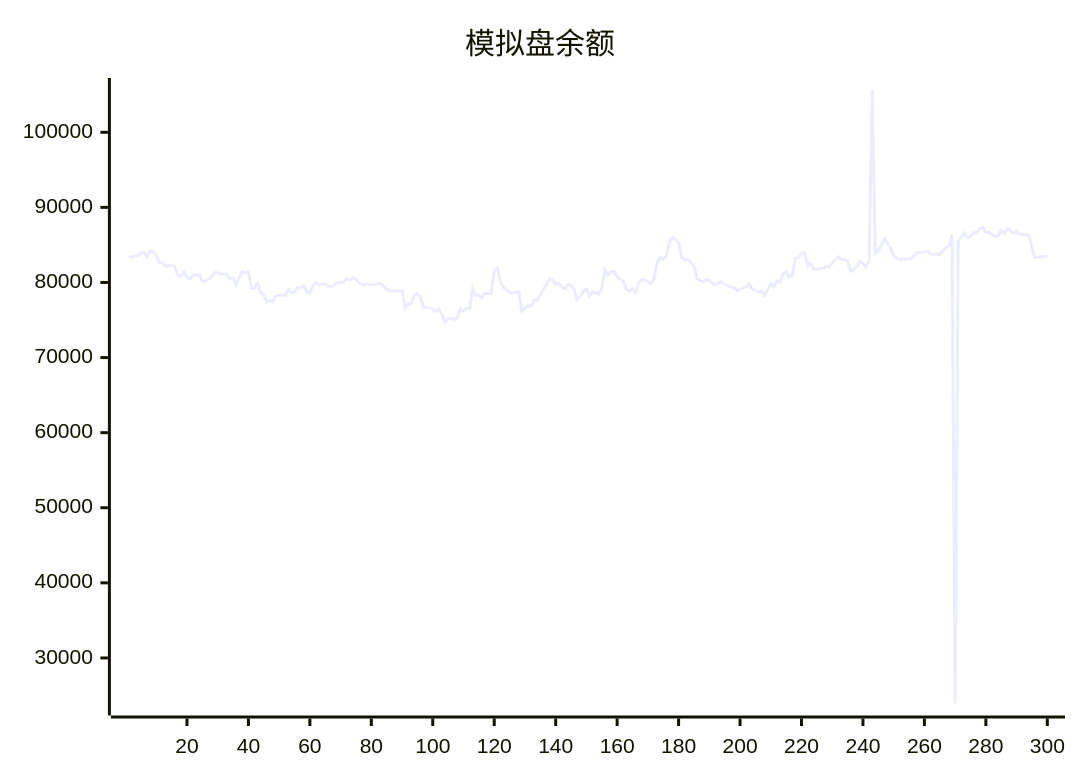
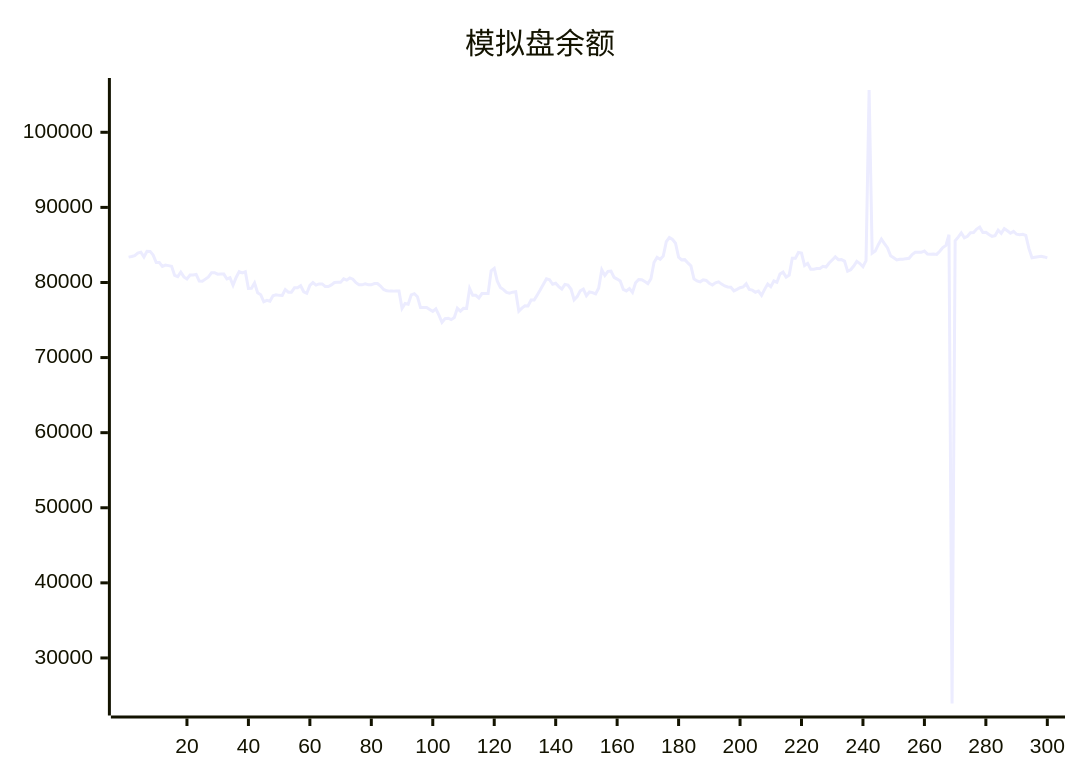
The diagram in README.md (aahl/ai-trading), drawn with Mermaid before and after one commit. The commit also changed other lines of this file and 1 other file, not shown here.

````diff
--- a/README.md
+++ b/README.md
@@ -5,5 +5,5 @@
 ```mermaid
 xychart
     title "模拟盘余额"
-    line [83386,83378,83464,83579,83920,84037,83402,84160,84142,83652,82655,82655,82145,82315,82243,82163,80934,80770,81371,80742,80468,80989,80989,81067,80191,80155,80450,80737,81309,81309,81106,81119,81119,80471,80631,79624,80670,81448,81290,81429,79212,79222,79940,78643,78380,77432,77623,77504,78235,78358,78284,78277,79048,78714,78714,79290,79308,79567,78763,78563,79603,79988,79652,79813,79813,79476,79469,79673,79995,80015,80015,80486,80314,80600,80436,79966,79689,79689,79819,79692,79692,79850,79850,79518,79071,78889,78850,78850,78878,78878,76554,77202,77103,78357,78510,78106,76678,76677,76672,76411,76159,76485,75656,74695,75197,75246,75052,75334,76564,76179,76553,76551,79196,78300,78300,77944,78531,78531,78521,81564,81884,80160,79335,79055,78675,78580,78708,78764,76179,76586,76902,76876,77658,77669,78346,79023,79769,80497,80366,79761,79896,79448,79126,79749,79658,79097,77695,78114,78888,79126,78249,78738,78653,78478,79271,81680,80923,81488,81527,80681,80455,80190,79084,78879,79193,78686,79954,80403,80374,80118,79848,80491,82665,83351,83098,83525,85430,85983,85737,85221,83378,83014,83043,82613,82216,80477,80208,80081,80348,80277,79894,79670,79965,80093,79786,79542,79406,79371,78893,79087,79304,79406,79841,79072,78978,78696,78846,78272,79085,79787,79442,80198,80031,81120,81379,80718,80985,83214,83212,83993,83921,82270,82547,81776,81776,81866,81866,82158,82061,82596,83000,83408,83041,83050,82858,81503,81691,82188,82812,82517,82092,82901,105633,83898,84180,85030,85781,85178,84604,83569,83298,83008,83093,83107,83175,83228,83729,84025,84017,84019,84177,83775,83762,83785,83738,84160,84639,84939,86370,23934,85548,86046,86599,85942,86161,86622,86664,87115,87369,86666,86685,86384,86152,86243,86969,86548,87164,86885,86566,86809,86427,86348,86417,86273,84538,83299,83369,83430,83490,83404]
+    line [83378,83464,83579,83920,84037,83402,84160,84142,83652,82655,82655,82145,82315,82243,82163,80934,80770,81371,80742,80468,80989,80989,81067,80191,80155,80450,80737,81309,81309,81106,81119,81119,80471,80631,79624,80670,81448,81290,81429,79212,79222,79940,78643,78380,77432,77623,77504,78235,78358,78284,78277,79048,78714,78714,79290,79308,79567,78763,78563,79603,79988,79652,79813,79813,79476,79469,79673,79995,80015,80015,80486,80314,80600,80436,79966,79689,79689,79819,79692,79692,79850,79850,79518,79071,78889,78850,78850,78878,78878,76554,77202,77103,78357,78510,78106,76678,76677,76672,76411,76159,76485,75656,74695,75197,75246,75052,75334,76564,76179,76553,76551,79196,78300,78300,77944,78531,78531,78521,81564,81884,80160,79335,79055,78675,78580,78708,78764,76179,76586,76902,76876,77658,77669,78346,79023,79769,80497,80366,79761,79896,79448,79126,79749,79658,79097,77695,78114,78888,79126,78249,78738,78653,78478,79271,81680,80923,81488,81527,80681,80455,80190,79084,78879,79193,78686,79954,80403,80374,80118,79848,80491,82665,83351,83098,83525,85430,85983,85737,85221,83378,83014,83043,82613,82216,80477,80208,80081,80348,80277,79894,79670,79965,80093,79786,79542,79406,79371,78893,79087,79304,79406,79841,79072,78978,78696,78846,78272,79085,79787,79442,80198,80031,81120,81379,80718,80985,83214,83212,83993,83921,82270,82547,81776,81776,81866,81866,82158,82061,82596,83000,83408,83041,83050,82858,81503,81691,82188,82812,82517,82092,82901,105633,83898,84180,85030,85781,85178,84604,83569,83298,83008,83093,83107,83175,83228,83729,84025,84017,84019,84177,83775,83762,83785,83738,84160,84639,84939,86370,23934,85548,86046,86599,85942,86161,86622,86664,87115,87369,86666,86685,86384,86152,86243,86969,86548,87164,86885,86566,86809,86427,86348,86417,86273,84538,83299,83369,83430,83490,83404,83270]
 ```
````
